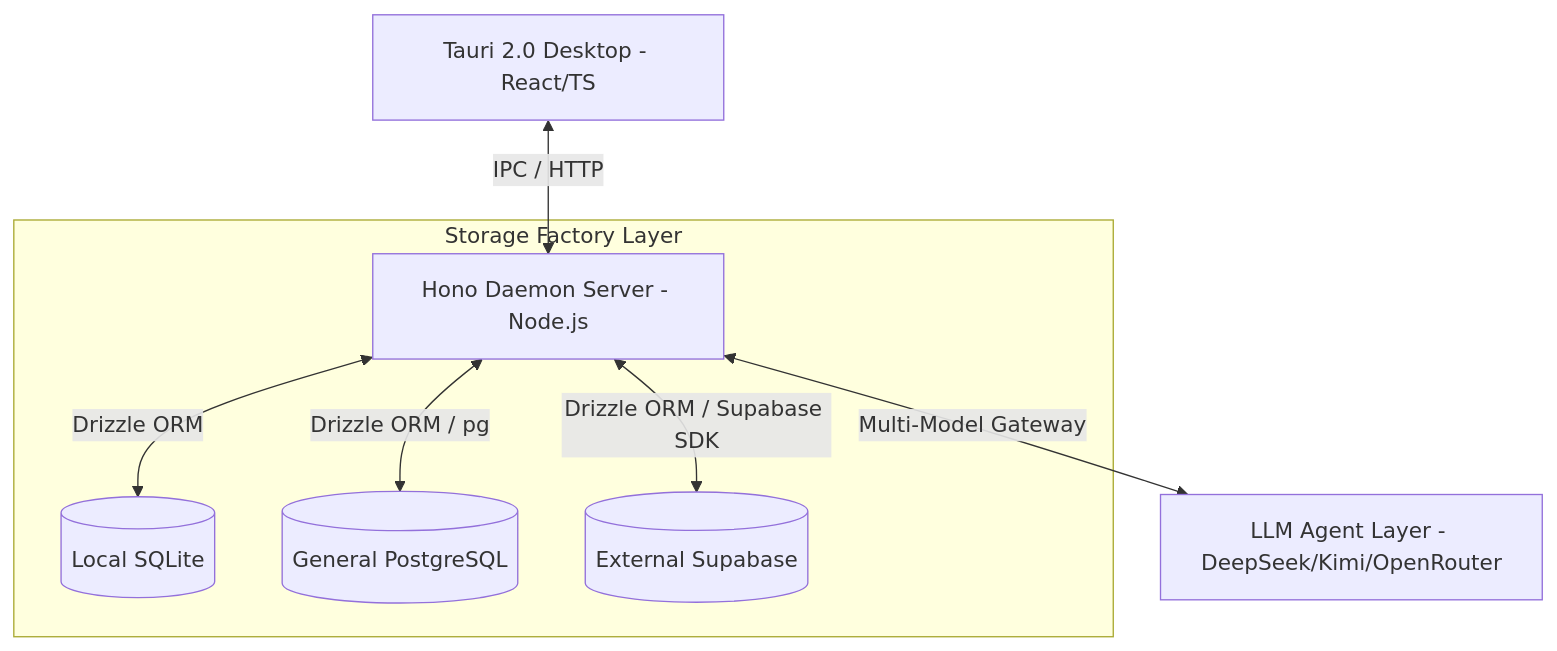
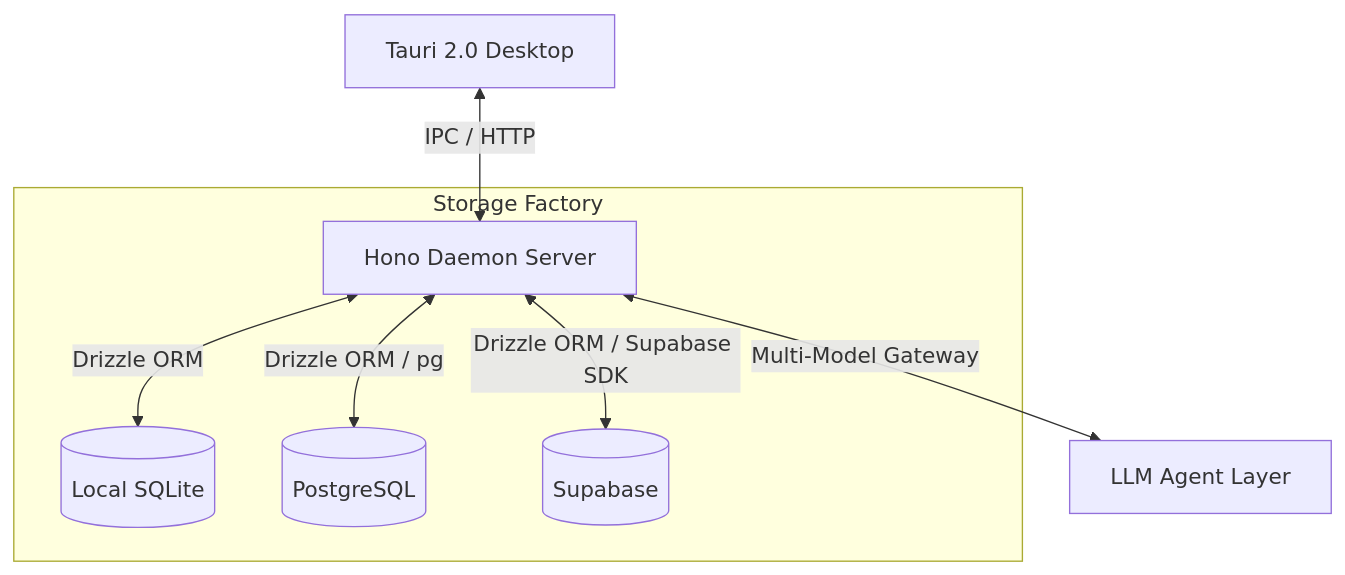
Before and after one commit to alvinluo-tech/Jarvis: the diagram in README.md, drawn with Mermaid. The commit also changed other lines of this file and 2 other files, not shown here.

````diff
--- a/README.md
+++ b/README.md
@@ -43,11 +45,11 @@
 ```mermaid
 graph TD
-    Client[Tauri 2.0 Desktop - React/TS] <-->|IPC / HTTP| Daemon[Hono Daemon Server - Node.js]
-    Daemon <-->|Multi-Model Gateway| LLM[LLM Agent Layer - DeepSeek/Kimi/OpenRouter]
+    Client[Tauri 2.0 Desktop] <-->|IPC / HTTP| Daemon[Hono Daemon Server]
+    Daemon <-->|Multi-Model Gateway| LLM[LLM Agent Layer]
     
-    subgraph Storage Factory Layer
+    subgraph Storage Factory
         Daemon <-->|Drizzle ORM| SQLite[(Local SQLite)]
-        Daemon <-->|Drizzle ORM / pg| Postgres[(General PostgreSQL)]
-        Daemon <-->|Drizzle ORM / Supabase SDK| Supabase[(External Supabase)]
+        Daemon <-->|Drizzle ORM / pg| Postgres[(PostgreSQL)]
+        Daemon <-->|Drizzle ORM / Supabase SDK| Supabase[(Supabase)]
     end
 ```
````
